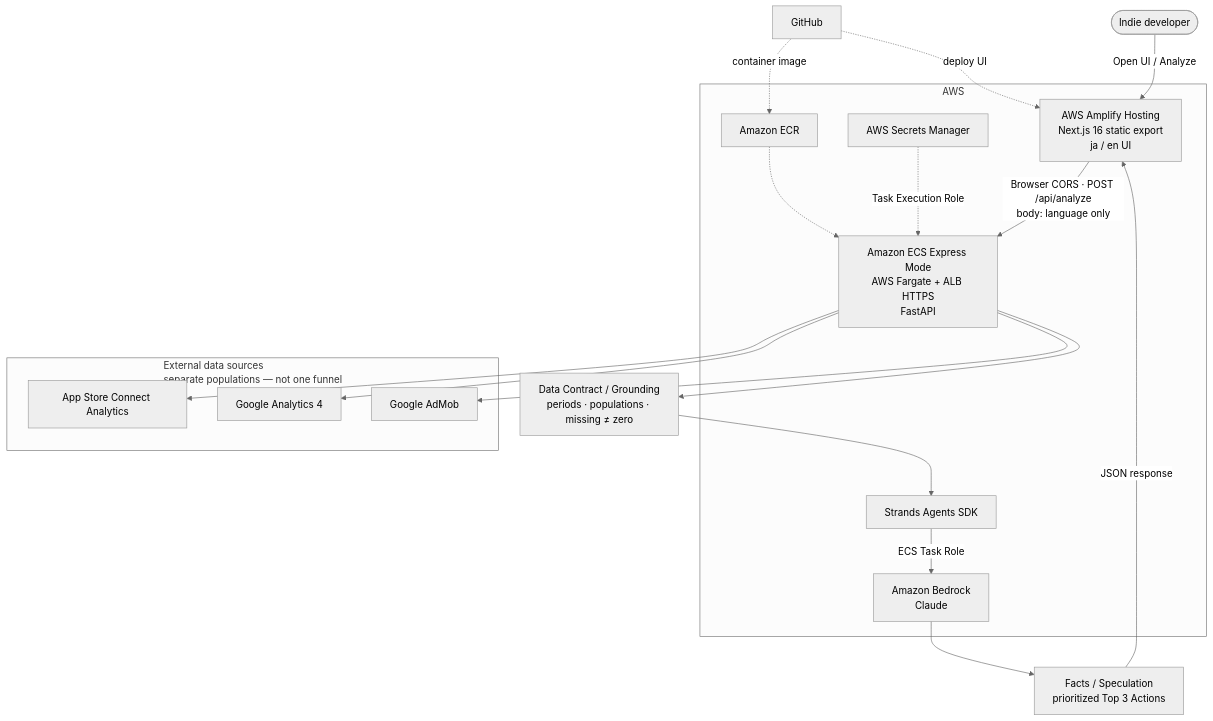
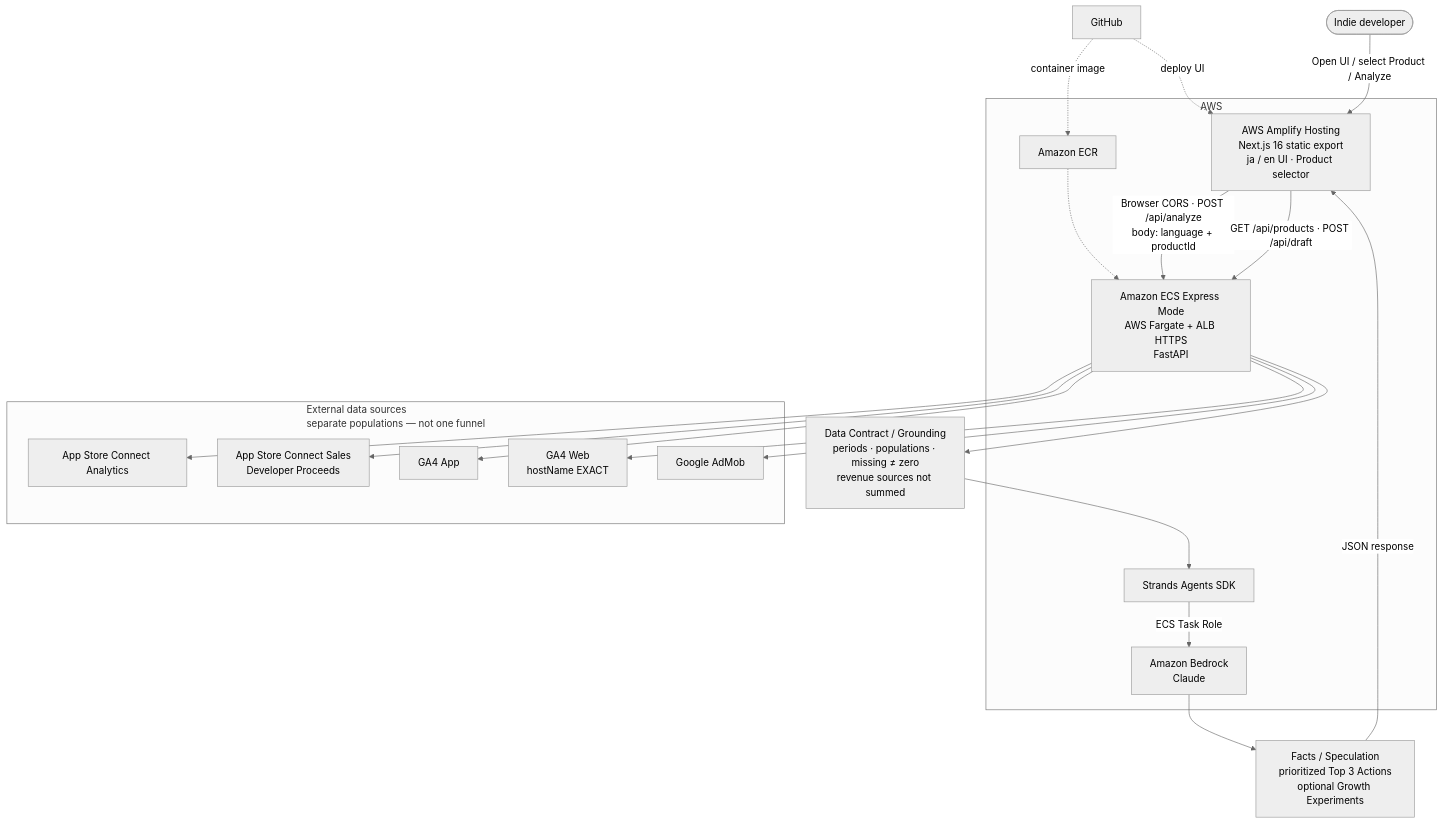
Before and after one commit to yamazakisayuri/indie-growth-agent: the diagram in README.ja.md, drawn with Mermaid. The commit also changed other lines of this file and 19 other files, not shown here.

Commit message:
feat: complete multi-product Growth Agent v1

````diff
--- a/README.ja.md
+++ b/README.ja.md
@@ -76,38 +103,41 @@
 ```mermaid
 %%{init: {"theme": "neutral"}}%%
 flowchart TB
   user([Indie developer])
 
   subgraph aws ["AWS"]
-    amplify["AWS Amplify Hosting<br/>Next.js 16 static export<br/>ja / en UI"]
+    amplify["AWS Amplify Hosting<br/>Next.js 16 static export<br/>ja / en UI · Product selector"]
     ecr["Amazon ECR"]
     ecs["Amazon ECS Express Mode<br/>AWS Fargate + ALB HTTPS<br/>FastAPI"]
-    secrets["AWS Secrets Manager"]
     strands["Strands Agents SDK"]
     bedrock["Amazon Bedrock<br/>Claude"]
   end
 
   subgraph external ["External data sources<br/>separate populations — not one funnel"]
-    asc["App Store Connect Analytics"]
-    ga4["Google Analytics 4"]
+    ascAnalytics["App Store Connect Analytics"]
+    ascSales["App Store Connect Sales<br/>Developer Proceeds"]
+    ga4App["GA4 App"]
+    ga4Web["GA4 Web<br/>hostName EXACT"]
     admob["Google AdMob"]
   end
 
   github["GitHub"] -.->|deploy UI| amplify
   github -.->|container image| ecr
   ecr -.-> ecs
-  secrets -.->|Task Execution Role| ecs
 
-  user -->|Open UI / Analyze| amplify
-  amplify -->|"Browser CORS · POST /api/analyze<br/>body: language only"| ecs
+  user -->|Open UI / select Product / Analyze| amplify
+  amplify -->|"Browser CORS · POST /api/analyze<br/>body: language + productId"| ecs
+  amplify -->|"GET /api/products · POST /api/draft"| ecs
 
-  ecs --> asc
-  ecs --> ga4
+  ecs --> ascAnalytics
+  ecs --> ascSales
+  ecs --> ga4App
+  ecs --> ga4Web
   ecs --> admob
 
-  ecs --> grounding["Data Contract / Grounding<br/>periods · populations · missing ≠ zero"]
+  ecs --> grounding["Data Contract / Grounding<br/>periods · populations · missing ≠ zero<br/>revenue sources not summed"]
   grounding --> strands
   strands -->|ECS Task Role| bedrock
-  bedrock --> result["Facts / Speculation<br/>prioritized Top 3 Actions"]
+  bedrock --> result["Facts / Speculation<br/>prioritized Top 3 Actions<br/>optional Growth Experiments"]
   result -->|JSON response| amplify
 ```
````
